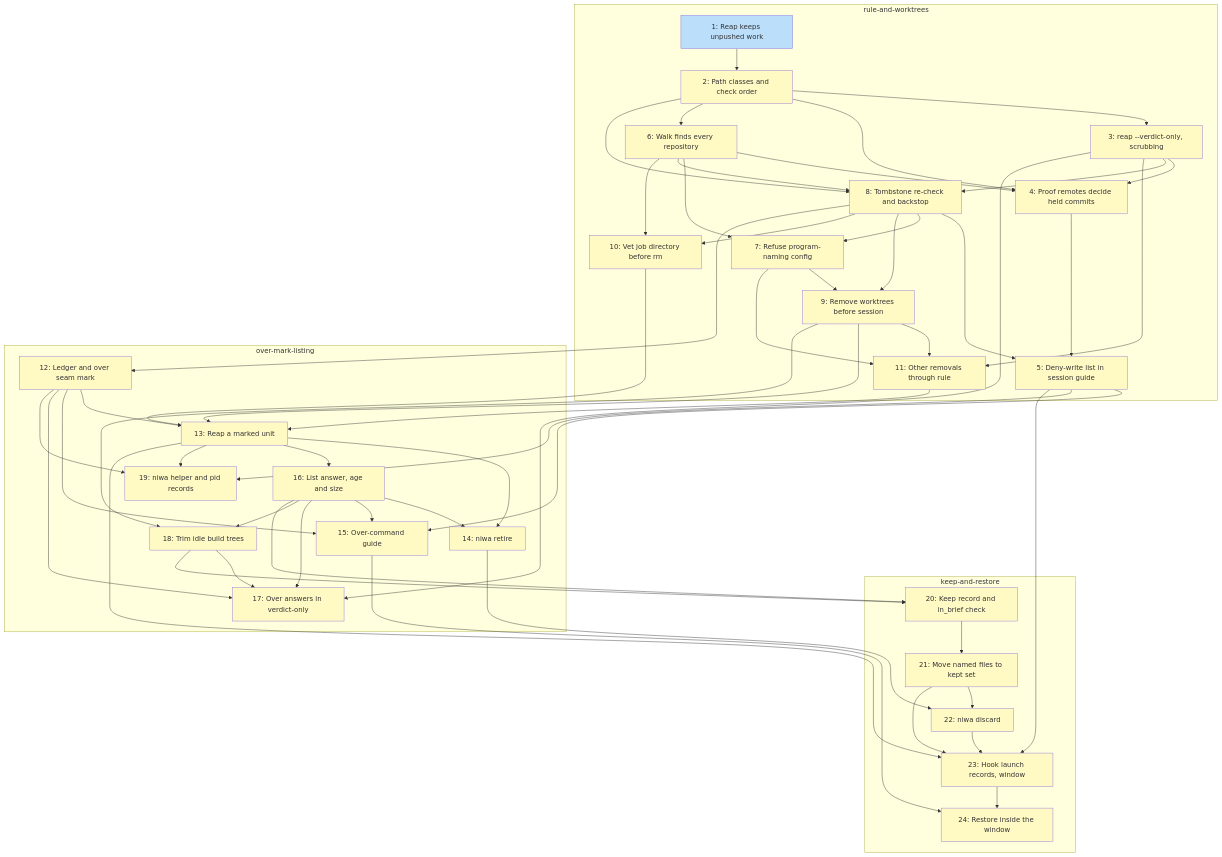
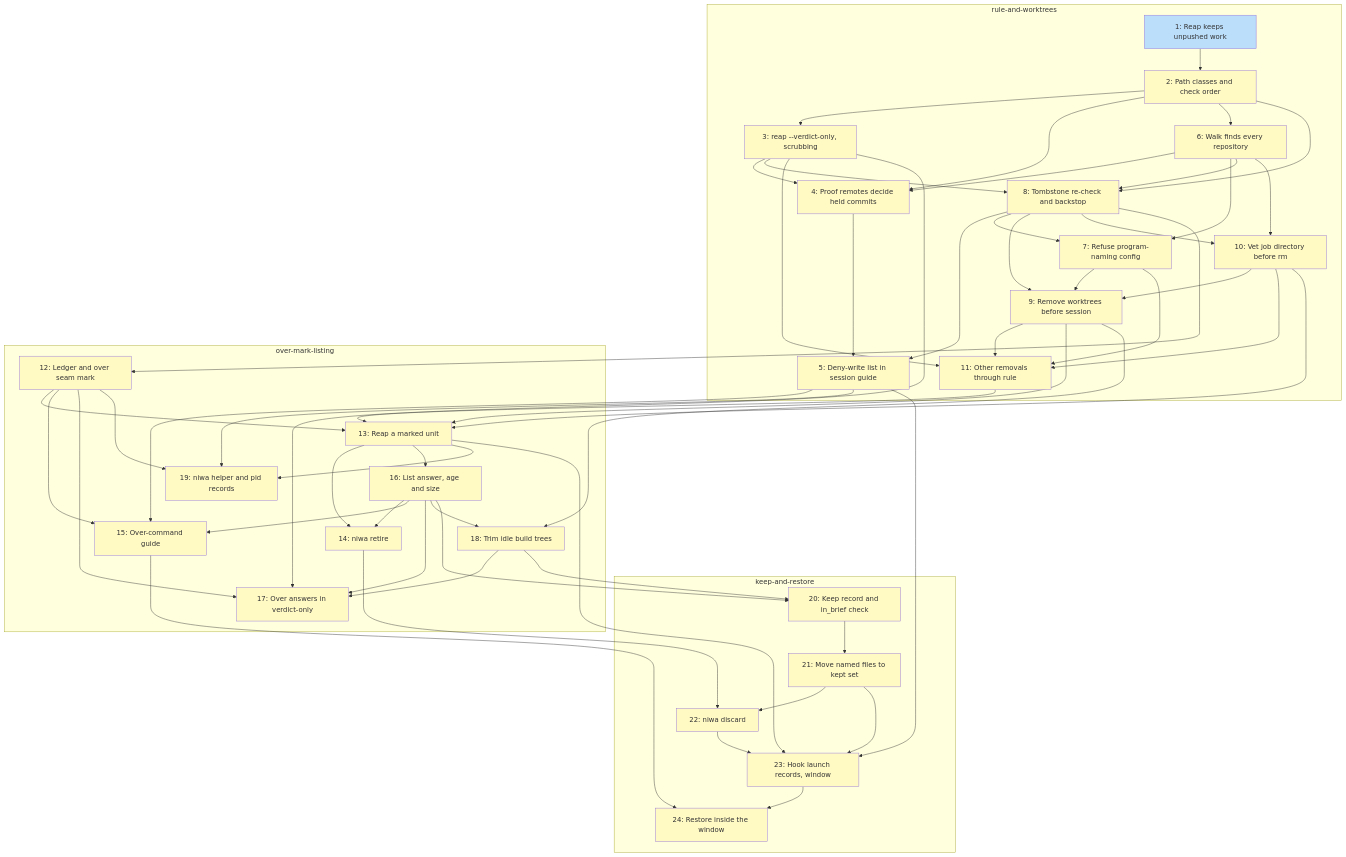
The diagram in docs/plans/PLAN-over-remover.md (tsukumogami/niwa), drawn with Mermaid before and after one commit. The commit also changed other lines of this file and 1 other file, not shown here.

```diff
--- a/docs/plans/PLAN-over-remover.md
+++ b/docs/plans/PLAN-over-remover.md
@@ -962,11 +968,13 @@
     I6 --> I8
     I7 --> I9
     I8 --> I9
+    I10 --> I9
     I6 --> I10
     I8 --> I10
     I3 --> I11
     I7 --> I11
     I9 --> I11
+    I10 --> I11
     I8 --> I12
     I9 --> I13
     I10 --> I13
```
